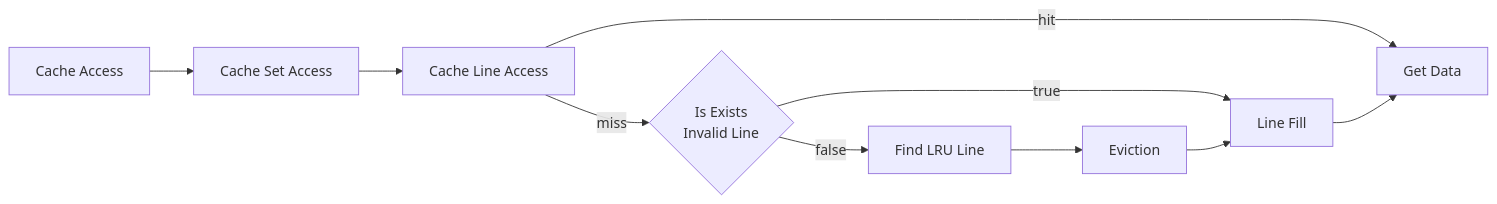
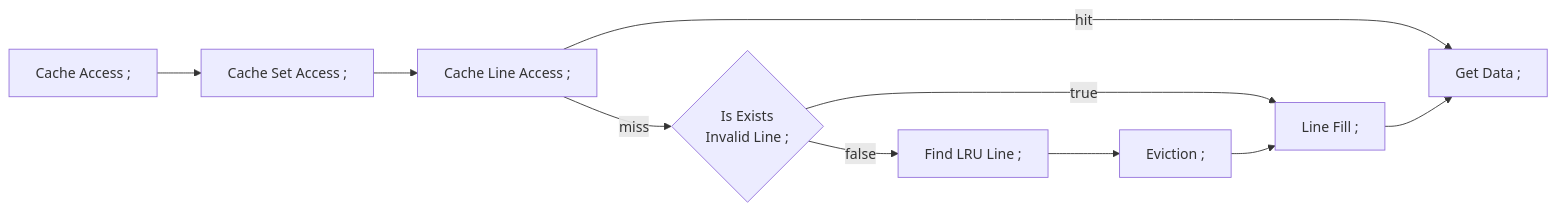
One commit to hanmyeonglee/cs211 changed the first of 3 diagrams in Cache Lab/workspace/20240614.md. Above: the diagram before and after it, drawn with Mermaid. The commit also changed other lines of this file, not shown here.

Commit message:
Feat: adds page break, chart info

````diff
--- a/Cache Lab/workspace/20240614.md
+++ b/Cache Lab/workspace/20240614.md
@@ -86,12 +91,12 @@
 ```mermaid
 graph LR
-    A[Cache Access] --> B[Cache Set Access]
-    B --> C[Cache Line Access]
-    C --> |<p class='linename'>hit</p>| D[Get Data]
-    C --> |<p class='linename'>miss</p>| E{Is Exists<br>Invalid Line}
-    E --> |<p class='linename'>true</p>| F[Line Fill]
-    E --> |<p class='linename'>false</p>| G[Find LRU Line]
-    G --> H[Eviction]
+    A[Cache Access ;] --> B[Cache Set Access ;]
+    B --> C[Cache Line Access ;]
+    C --> |<p class='linename'>hit</p>| D[Get Data ;]
+    C --> |<p class='linename'>miss</p>| E{Is Exists<br>Invalid Line ;}
+    E --> |<p class='linename'>true</p>| F[Line Fill ;]
+    E --> |<p class='linename'>false</p>| G[Find LRU Line ;]
+    G --> H[Eviction ;]
     H --> F
     F --> D
 ```
````
